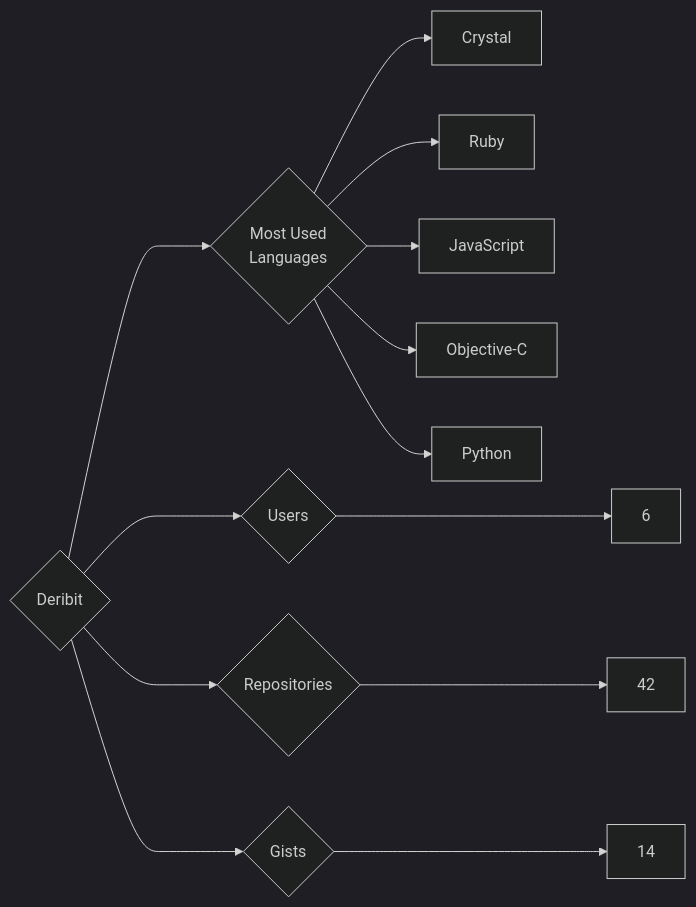
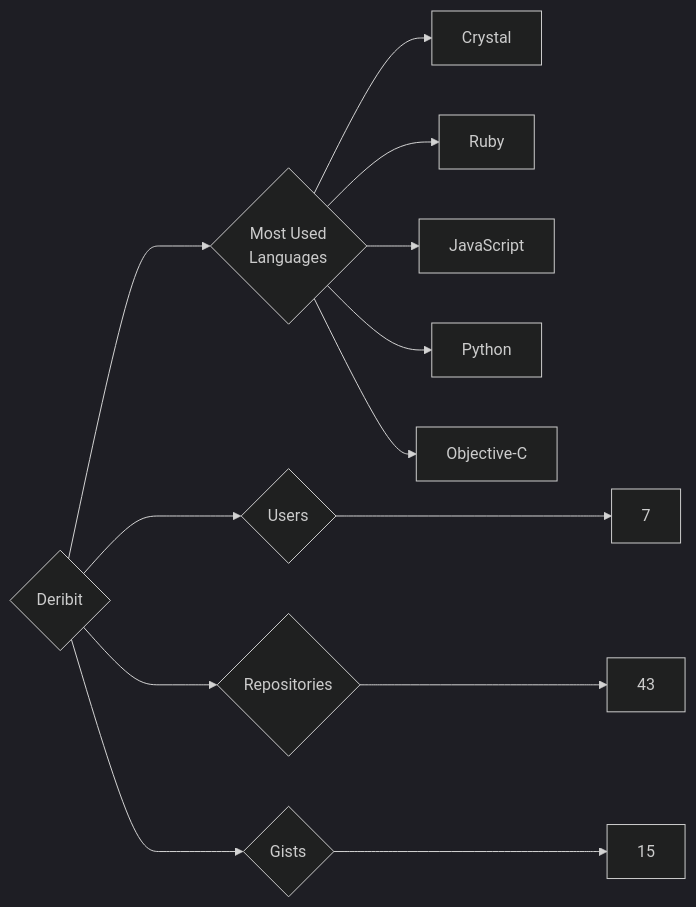
One commit to trickest/insiders changed the diagram in targets/Deribit/README.md. Above: the diagram before and after it, drawn with Mermaid (dark theme). The commit also changed 814 other files, not shown here.

````diff
--- a/targets/Deribit/README.md
+++ b/targets/Deribit/README.md
@@ -3,13 +3,13 @@
 ```mermaid
 graph LR
 COMPANY_NAME{Deribit}
-COMPANY_NAME ---> U{Users} ---> UN[6]
-COMPANY_NAME ---> R{Repositories} ---> RN[42]
-COMPANY_NAME ---> G{Gists} ---> GN[14]
+COMPANY_NAME ---> U{Users} ---> UN[7]
+COMPANY_NAME ---> R{Repositories} ---> RN[43]
+COMPANY_NAME ---> G{Gists} ---> GN[15]
 COMPANY_NAME ---> ML{Most Used<br>Languages}
 ML --> Crystal[Crystal]
 ML --> Ruby[Ruby]
 ML --> JavaScript[JavaScript]
+ML --> Python[Python]
 ML --> Objective-C[Objective-C]
-ML --> Python[Python]
 ```
````
